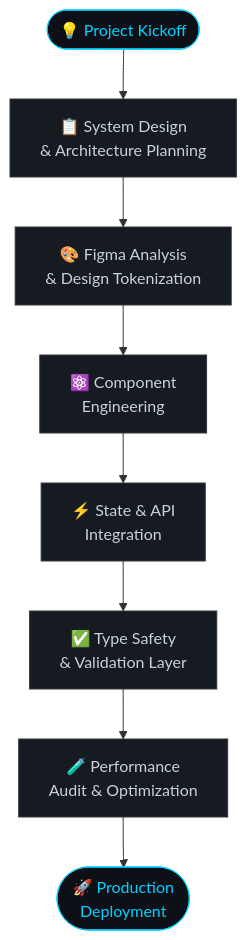
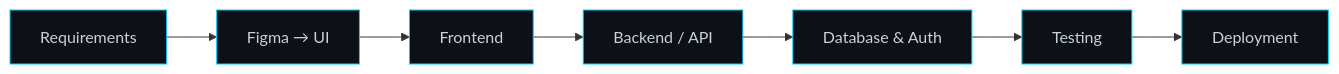
The diagram in README.md (Adityo-dev/Adityo-dev), drawn with Mermaid before and after one commit. The commit also changed other lines of this file, not shown here.

````diff
--- a/README.md
+++ b/README.md
@@ -169,19 +88,17 @@
 ```mermaid
-flowchart TD
-    A(["💡 Project Kickoff"]) --> B["📋 System Design\n& Architecture Planning"]
-    B --> C["🎨 Figma Analysis\n& Design Tokenization"]
-    C --> D["⚛️ Component\nEngineering"]
-    D --> E["⚡ State & API\nIntegration"]
-    E --> F["✅ Type Safety\n& Validation Layer"]
-    F --> G["🧪 Performance\nAudit & Optimization"]
-    G --> H(["🚀 Production\nDeployment"])
+flowchart LR
+    A[Requirements] --> B[Figma → UI]
+    B --> C[Frontend]
+    C --> D[Backend / API]
+    D --> E[Database & Auth]
+    E --> F[Testing]
+    F --> G[Deployment]
 
-    style A fill:#0d1117,stroke:#00d2ff,color:#00d2ff
-    style H fill:#0d1117,stroke:#00d2ff,color:#00d2ff
-    style B fill:#161b22,stroke:#30363d,color:#c9d1d9
-    style C fill:#161b22,stroke:#30363d,color:#c9d1d9
-    style D fill:#161b22,stroke:#30363d,color:#c9d1d9
-    style E fill:#161b22,stroke:#30363d,color:#c9d1d9
-    style F fill:#161b22,stroke:#30363d,color:#c9d1d9
-    style G fill:#161b22,stroke:#30363d,color:#c9d1d9
+    style A fill:#0d1117,stroke:#00d2ff,color:#c9d1d9
+    style B fill:#0d1117,stroke:#00d2ff,color:#c9d1d9
+    style C fill:#0d1117,stroke:#00d2ff,color:#c9d1d9
+    style D fill:#0d1117,stroke:#00d2ff,color:#c9d1d9
+    style E fill:#0d1117,stroke:#00d2ff,color:#c9d1d9
+    style F fill:#0d1117,stroke:#00d2ff,color:#c9d1d9
+    style G fill:#0d1117,stroke:#00d2ff,color:#c9d1d9
 ```
````
